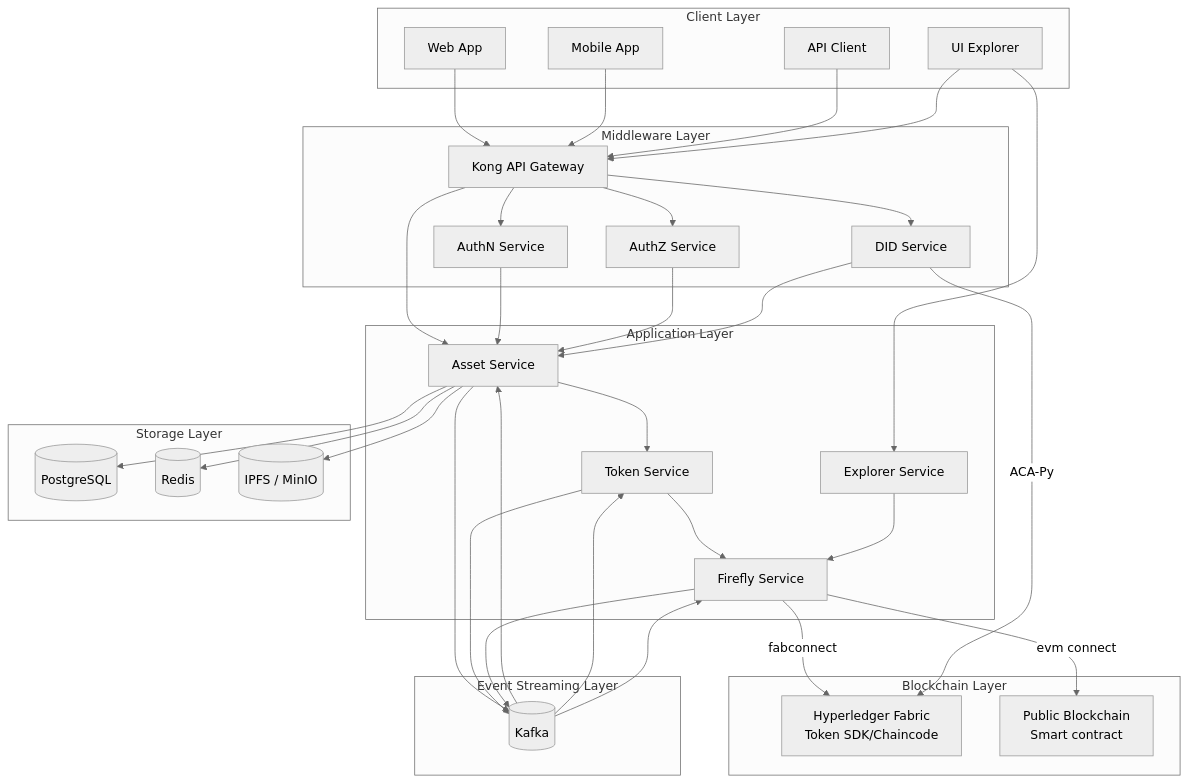
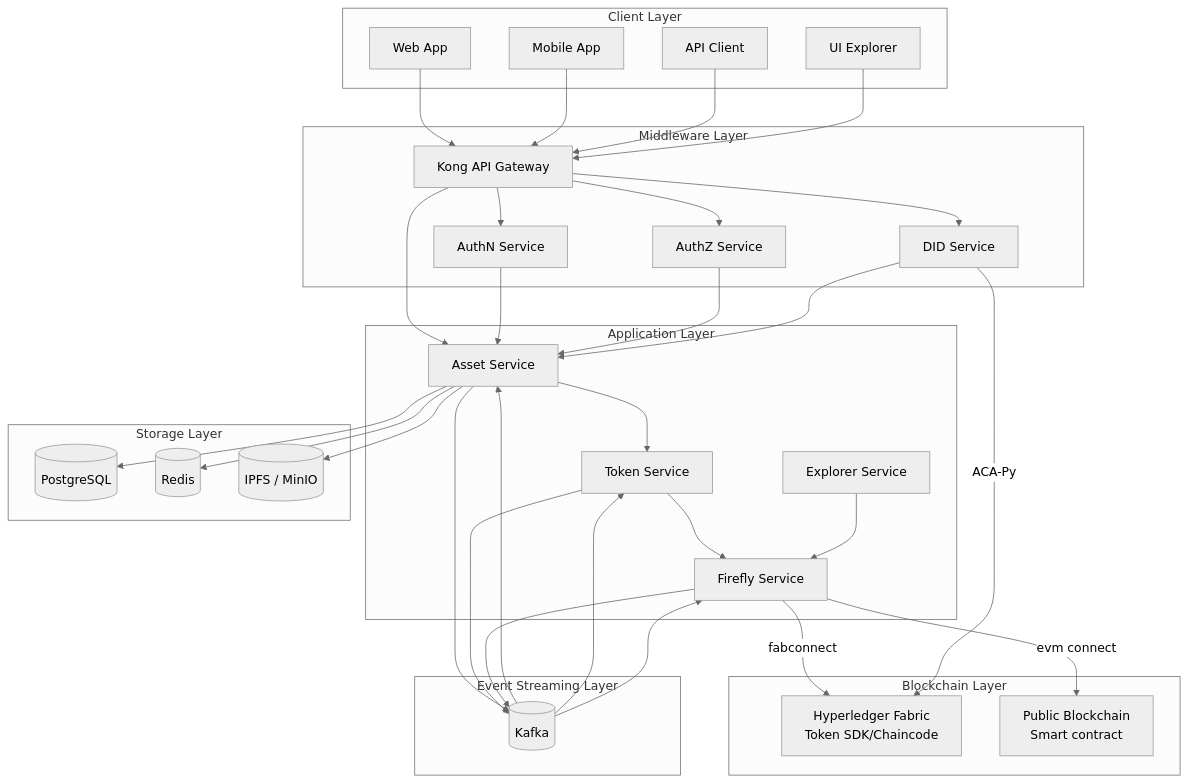
Before and after one commit to metafi-blockchain/metafi-digital-assets-service: the first of 4 diagrams in docs/architecture-design.en.md, drawn with Mermaid (neutral theme).

````diff
--- a/docs/architecture-design.en.md
+++ b/docs/architecture-design.en.md
@@ -19,72 +19,71 @@
 ```mermaid
 graph TD
     subgraph "Client Layer"
         Web[Web App]
         Mobile[Mobile App]
         API[API Client]
         Explorer[UI Explorer]
     end
 
     subgraph "Middleware Layer"
         Gateway[Kong API Gateway]
         AuthN[AuthN Service]
         AuthZ[AuthZ Service]
         DID["DID Service"]
     end
 
     subgraph "Application Layer"
         Asset[Asset Service]
         Token[Token Service]
         Firefly[Firefly Service]
         ExplorerService[Explorer Service]
     end
 
     subgraph "Blockchain Layer"
         Fabric["Hyperledger Fabric<br/>Token SDK/Chaincode"]
         PublicChain[Public Blockchain<br/>  Smart contract]
     end
 
     subgraph "Storage Layer"
         DB[(PostgreSQL)]
         Cache[(Redis)]
         Storage[(IPFS / MinIO)]
     end
 
     subgraph "Event Streaming Layer"
         Kafka[(Kafka)]
     end
 
     Web --> Gateway
     Mobile --> Gateway
     API --> Gateway
     Explorer --> Gateway
 
     Gateway --> AuthN
     Gateway --> AuthZ
     Gateway --> Asset
     Gateway --> DID
 
     AuthN --> Asset
     AuthZ --> Asset
     DID --> Asset
 
     Asset --> Token
     Token --> Firefly
     Firefly --> |fabconnect| Fabric
     Firefly --> |evm connect| PublicChain
 
     Asset --> DB
     Asset --> Cache
     Asset --> Storage
     DID -->|ACA-Py| Fabric
 
     Asset --> Kafka
     Kafka --> Asset
     Token --> Kafka
     Kafka --> Token
     Firefly --> Kafka
     Kafka --> Firefly
 
-    Explorer --> ExplorerService
     ExplorerService --> Firefly
 ```
````
